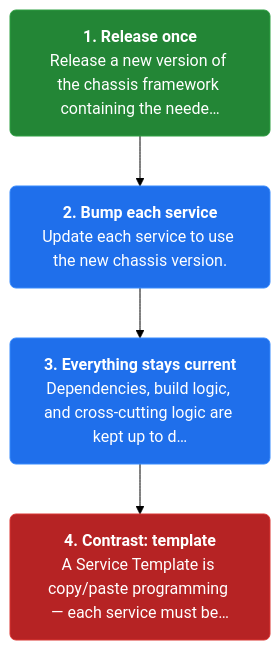
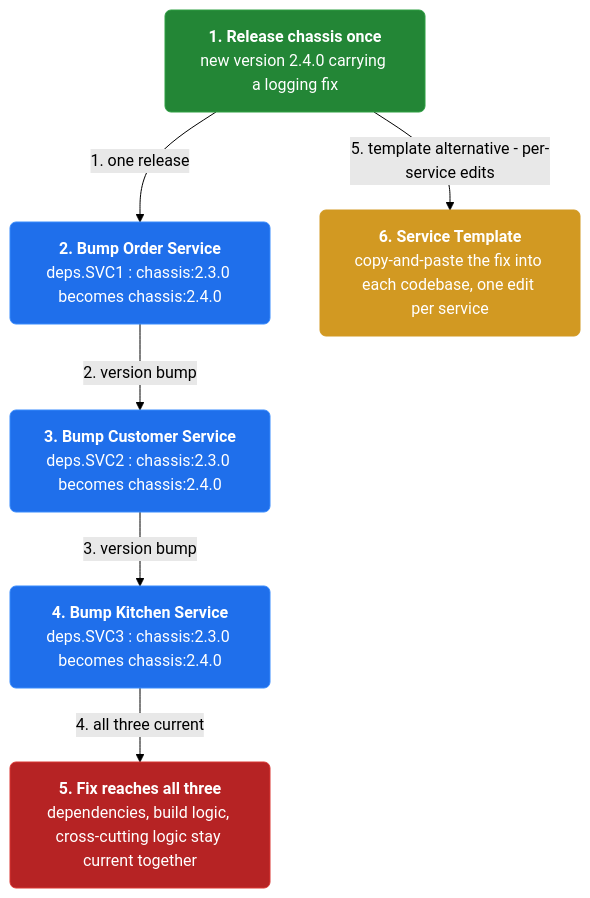
The third of 4 diagrams in docs/ch30-microservice-chassis.md (vinayakuber/microservices-io-study-guide), drawn with Mermaid (forest theme) before and after one commit. The commit also changed other lines of this file and 46 other files, not shown here.

First line of the commit message:
Author rich branching flow diagrams for all 44 chapters

````diff
--- a/docs/ch30-microservice-chassis.md
+++ b/docs/ch30-microservice-chassis.md
@@ -100,13 +120,19 @@
 ```mermaid
 flowchart TD
-  classDef step fill:#1f6feb,color:#ffffff,stroke:#388bfd,stroke-width:1px,rx:6
+  classDef step fill:#1f6feb,color:#ffffff,stroke:#388bfd,rx:6
+  classDef core fill:#8250df,color:#ffffff,stroke:#8250df,rx:6
+  classDef warn fill:#d29922,color:#ffffff,stroke:#d29922,rx:6
   classDef start fill:#238636,color:#ffffff,stroke:#2ea043,rx:6
   classDef stop fill:#b62324,color:#ffffff,stroke:#da3633,rx:6
-  s2n0["<b>1. Release once</b><br/>Release a new version of the chassis framework containing the neede…"]:::start
-  s2n1["<b>2. Bump each service</b><br/>Update each service to use the new chassis version."]:::step
-  s2n2["<b>3. Everything stays current</b><br/>Dependencies, build logic, and cross-cutting logic are kept up to d…"]:::step
-  s2n3["<b>4. Contrast: template</b><br/>A Service Template is copy/paste programming — each service must be…"]:::stop
-  s2n0 --> s2n1
-  s2n1 --> s2n2
-  s2n2 --> s2n3
+  n0["<b>1. Release chassis once</b><br/>new version 2.4.0 carrying a logging fix"]:::start
+  n1["<b>2. Bump Order Service</b><br/>deps.SVC1 : chassis:2.3.0 becomes chassis:2.4.0"]:::step
+  n2["<b>3. Bump Customer Service</b><br/>deps.SVC2 : chassis:2.3.0 becomes chassis:2.4.0"]:::step
+  n3["<b>4. Bump Kitchen Service</b><br/>deps.SVC3 : chassis:2.3.0 becomes chassis:2.4.0"]:::step
+  n4["<b>5. Fix reaches all three</b><br/>dependencies, build logic, cross-cutting logic stay current together"]:::stop
+  n5["<b>6. Service Template</b><br/>copy-and-paste the fix into each codebase, one edit per service"]:::warn
+  n0 -->|"1. one release"| n1
+  n1 -->|"2. version bump"| n2
+  n2 -->|"3. version bump"| n3
+  n3 -->|"4. all three current"| n4
+  n0 -->|"5. template alternative - per-service edits"| n5
 ```
````
